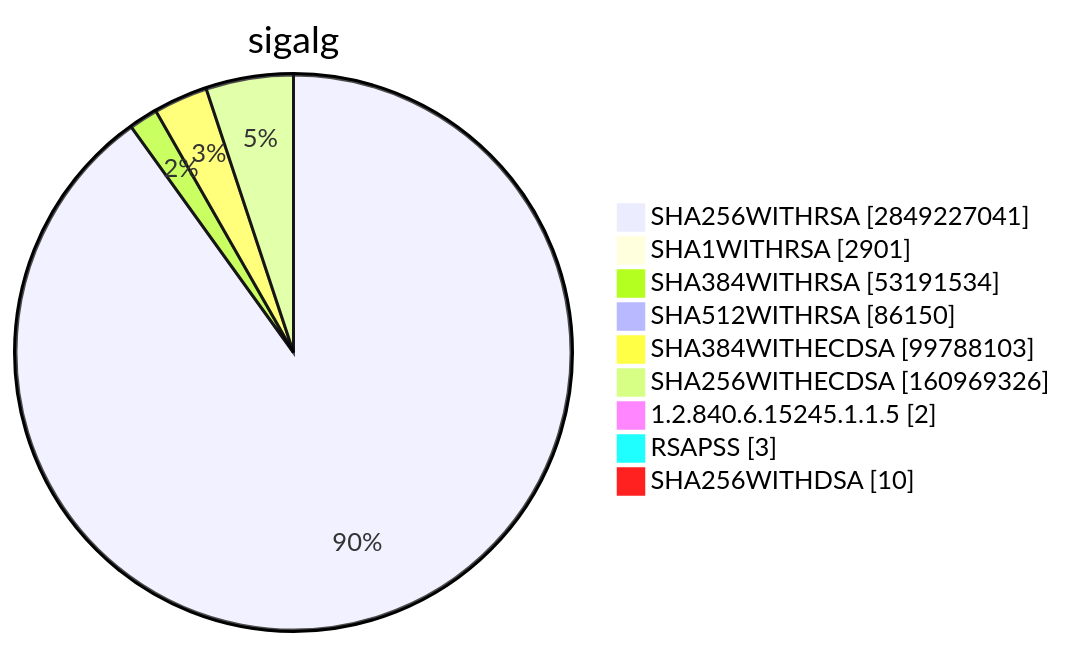
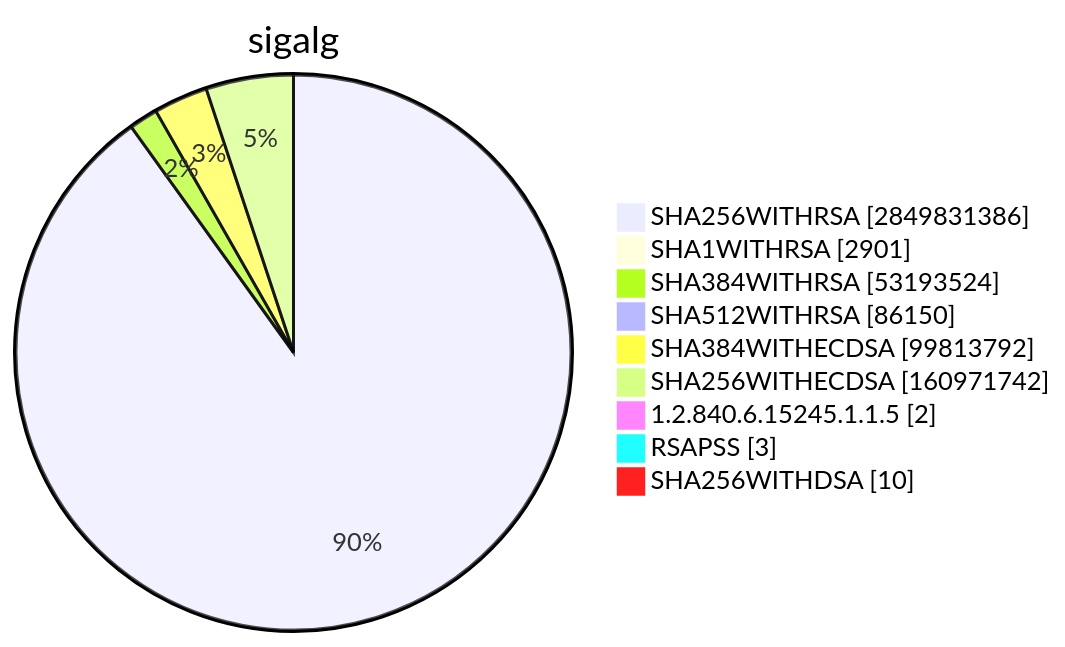
Before and after one commit to christiankrug/ctmonitor_visualization: diagram 15 of 15 in TOTAL/README.md, drawn with Mermaid. The commit also changed other lines of this file, not shown here.

````diff
--- a/TOTAL/README.md
+++ b/TOTAL/README.md
@@ -6207,13 +6207,13 @@
 ```mermaid
 pie showData
 title sigalg
-"SHA256WITHRSA" :2849227041
+"SHA256WITHRSA" :2849831386
 "SHA1WITHRSA" :2901
-"SHA384WITHRSA" :53191534
+"SHA384WITHRSA" :53193524
 "SHA512WITHRSA" :86150
-"SHA384WITHECDSA" :99788103
-"SHA256WITHECDSA" :160969326
+"SHA384WITHECDSA" :99813792
+"SHA256WITHECDSA" :160971742
 "1.2.840.6.15245.1.1.5" :2
 "RSAPSS" :3
 "SHA256WITHDSA" :10
 ```
````
